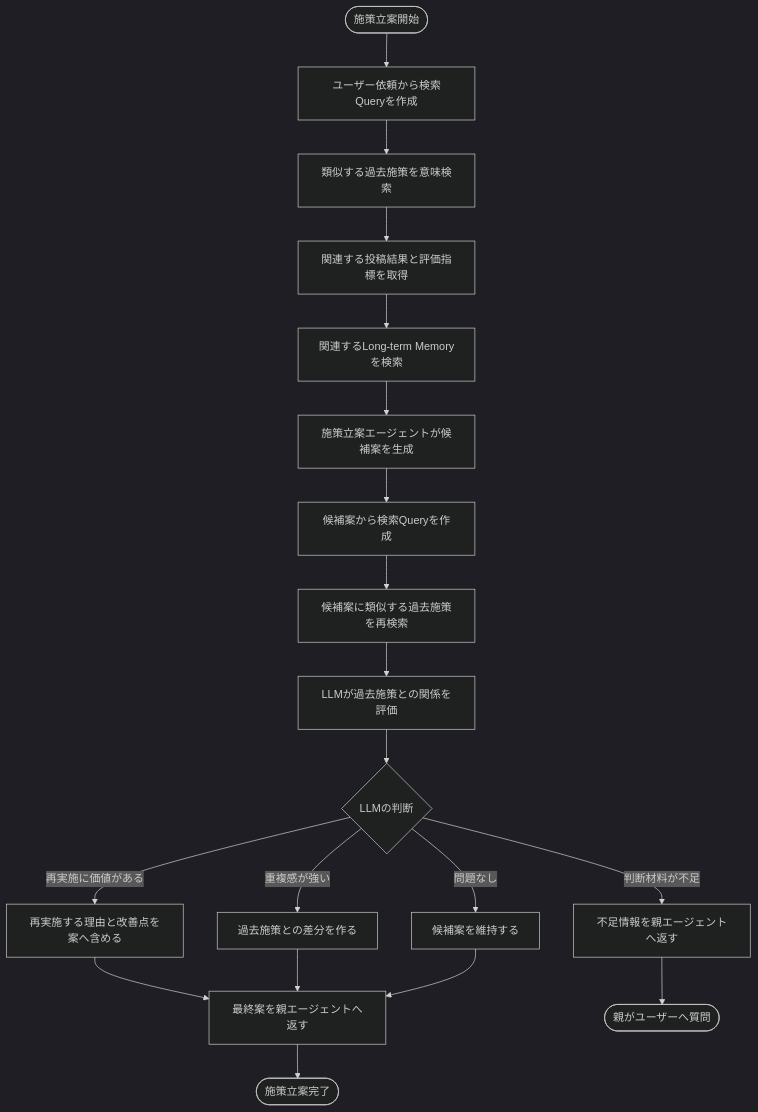
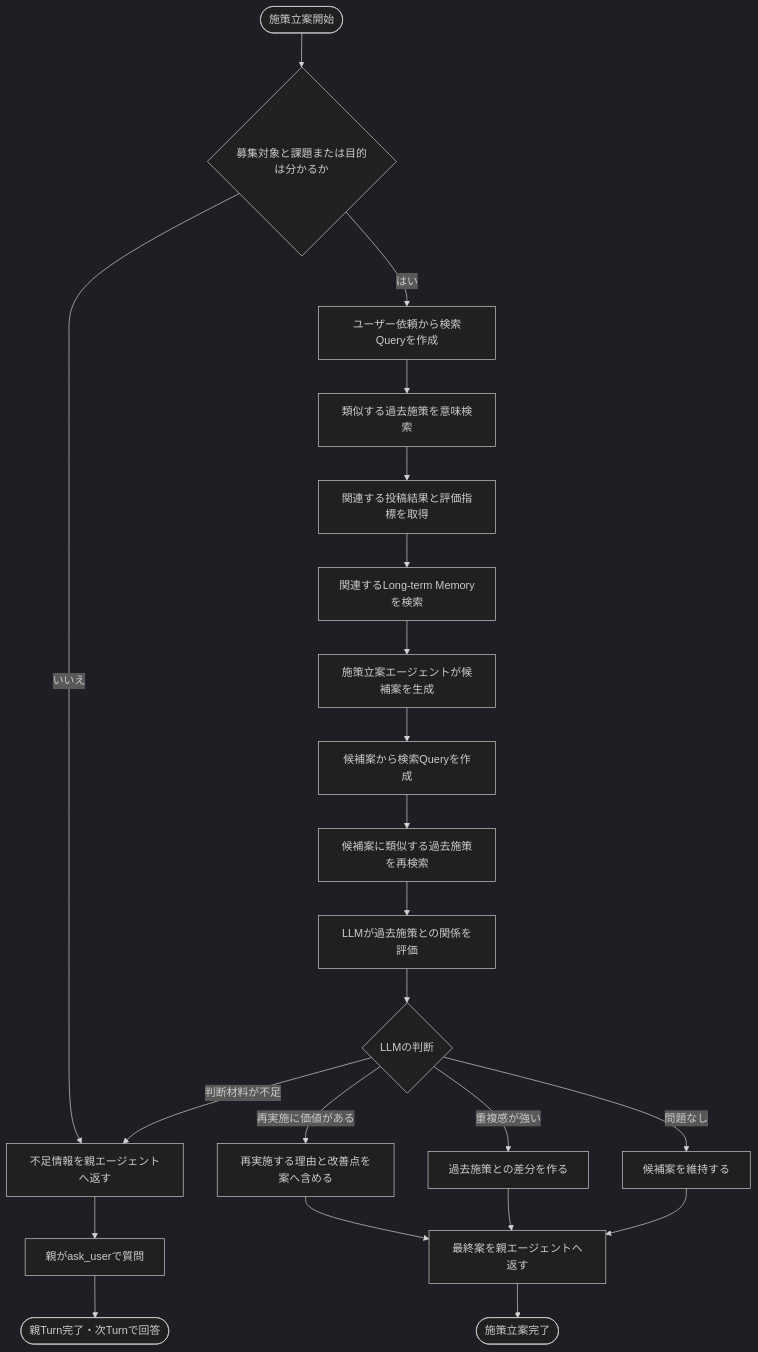
Before and after one commit to nishimura-yuma77/hiromeru: diagram 16 of 20 in docs/v.0.1/AGENT_DESIGN.md, drawn with Mermaid (dark theme). The commit also changed other lines of this file and 5 other files, not shown here.

````diff
--- a/docs/v.0.1/AGENT_DESIGN.md
+++ b/docs/v.0.1/AGENT_DESIGN.md
@@ -567,24 +590,27 @@
 ```mermaid
 flowchart TD
-    START([施策立案開始]) --> INITIAL_QUERY[ユーザー依頼から検索Queryを作成]
+    START([施策立案開始]) --> BRIEF{募集対象と課題または目的は分かるか}
+    BRIEF -- いいえ --> REQUEST_INFO[不足情報を親エージェントへ返す]
+    BRIEF -- はい --> INITIAL_QUERY[ユーザー依頼から検索Queryを作成]
     INITIAL_QUERY --> INITIAL_SEARCH[類似する過去施策を意味検索]
     INITIAL_SEARCH --> LOAD_METRICS[関連する投稿結果と評価指標を取得]
     LOAD_METRICS --> LOAD_MEMORY[関連するLong-term Memoryを検索]
 
     LOAD_MEMORY --> GENERATE[施策立案エージェントが候補案を生成]
     GENERATE --> CANDIDATE_QUERY[候補案から検索Queryを作成]
     CANDIDATE_QUERY --> CANDIDATE_SEARCH[候補案に類似する過去施策を再検索]
     CANDIDATE_SEARCH --> REVIEW[LLMが過去施策との関係を評価]
     REVIEW --> DECISION{LLMの判断}
 
     DECISION -- 再実施に価値がある --> REUSE[再実施する理由と改善点を案へ含める]
     DECISION -- 重複感が強い --> DIFFERENTIATE[過去施策との差分を作る]
     DECISION -- 問題なし --> KEEP[候補案を維持する]
     DECISION -- 判断材料が不足 --> REQUEST_INFO[不足情報を親エージェントへ返す]
 
     REUSE --> PRESENT[最終案を親エージェントへ返す]
     DIFFERENTIATE --> PRESENT
     KEEP --> PRESENT
-    REQUEST_INFO --> END_WAIT([親がユーザーへ質問])
+    REQUEST_INFO --> ASK[親がask_userで質問]
+    ASK --> END_WAIT([親Turn完了・次Turnで回答])
     PRESENT --> END_COMPLETE([施策立案完了])
 ```
````
